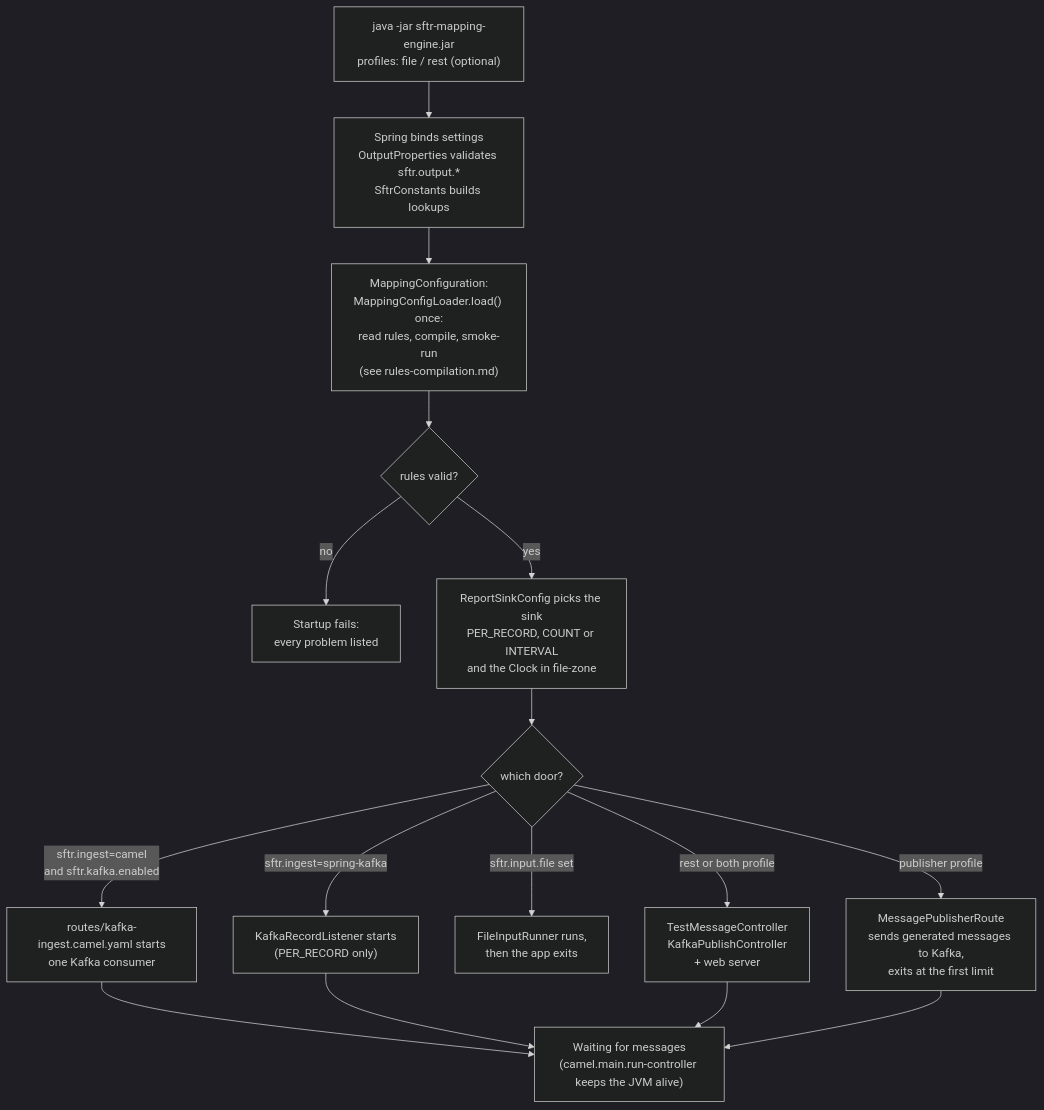
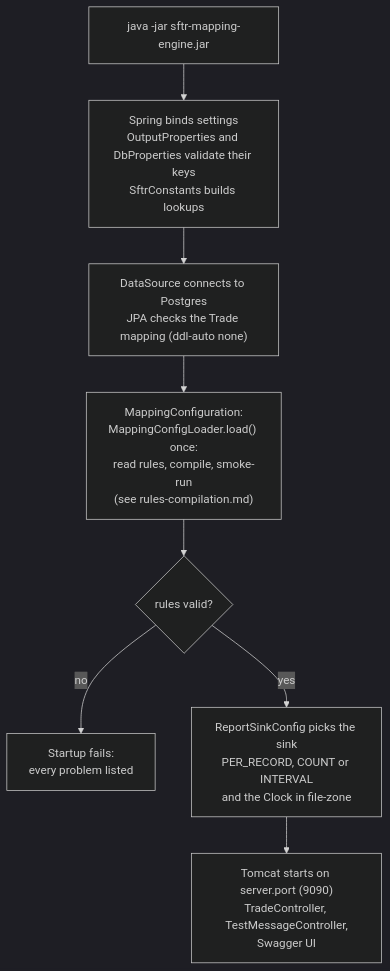
One commit to shanregs/msg-transformer changed the first of 3 diagrams in docs/code-flow-and-classes.md. Above: the diagram before and after it, drawn with Mermaid (dark theme). The commit also changed other lines of this file and 72 other files, not shown here.

First line of the commit message:
Read trades from a Postgres table instead of Kafka or files (#15)

````diff
--- a/docs/code-flow-and-classes.md
+++ b/docs/code-flow-and-classes.md
@@ -18,18 +18,10 @@
 ```mermaid
 flowchart TD
-    A["java -jar sftr-mapping-engine.jar<br/>profiles: file / rest (optional)"] --> B["Spring binds settings<br/>OutputProperties validates sftr.output.*<br/>SftrConstants builds lookups"]
-    B --> C["MappingConfiguration:<br/>MappingConfigLoader.load() once:<br/>read rules, compile, smoke-run<br/>(see rules-compilation.md)"]
+    A["java -jar sftr-mapping-engine.jar"] --> B["Spring binds settings<br/>OutputProperties and DbProperties validate their keys<br/>SftrConstants builds lookups"]
+    B --> DB["DataSource connects to Postgres<br/>JPA checks the Trade mapping (ddl-auto none)"]
+    DB --> C["MappingConfiguration:<br/>MappingConfigLoader.load() once:<br/>read rules, compile, smoke-run<br/>(see rules-compilation.md)"]
     C --> D{"rules valid?"}
     D -->|no| X["Startup fails:<br/>every problem listed"]
     D -->|yes| E["ReportSinkConfig picks the sink<br/>PER_RECORD, COUNT or INTERVAL<br/>and the Clock in file-zone"]
-    E --> F{"which door?"}
-    F -->|"sftr.ingest=camel<br/>and sftr.kafka.enabled"| G["routes/kafka-ingest.camel.yaml starts<br/>one Kafka consumer"]
-    F -->|"sftr.ingest=spring-kafka"| H["KafkaRecordListener starts<br/>(PER_RECORD only)"]
-    F -->|"sftr.input.file set"| I["FileInputRunner runs,<br/>then the app exits"]
-    F -->|"rest or both profile"| J["TestMessageController<br/>KafkaPublishController<br/>+ web server"]
-    F -->|"publisher profile"| PB["MessagePublisherRoute<br/>sends generated messages to Kafka,<br/>exits at the first limit"]
-    G --> K["Waiting for messages<br/>(camel.main.run-controller keeps the JVM alive)"]
-    H --> K
-    J --> K
-    PB --> K
+    E --> J["Tomcat starts on server.port (9090)<br/>TradeController, TestMessageController,<br/>Swagger UI"]
 ```
````
